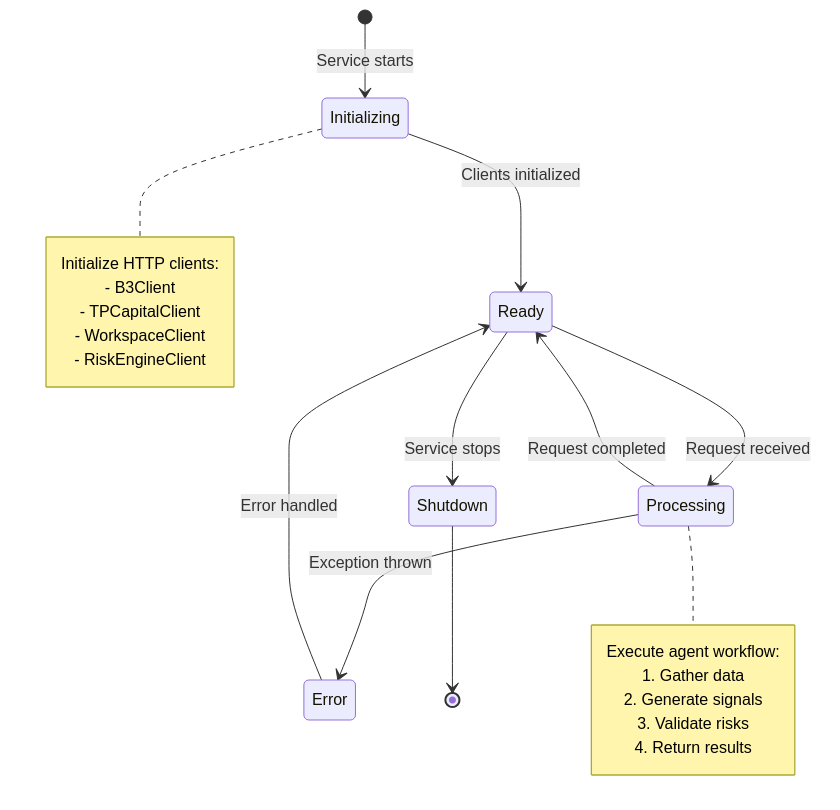
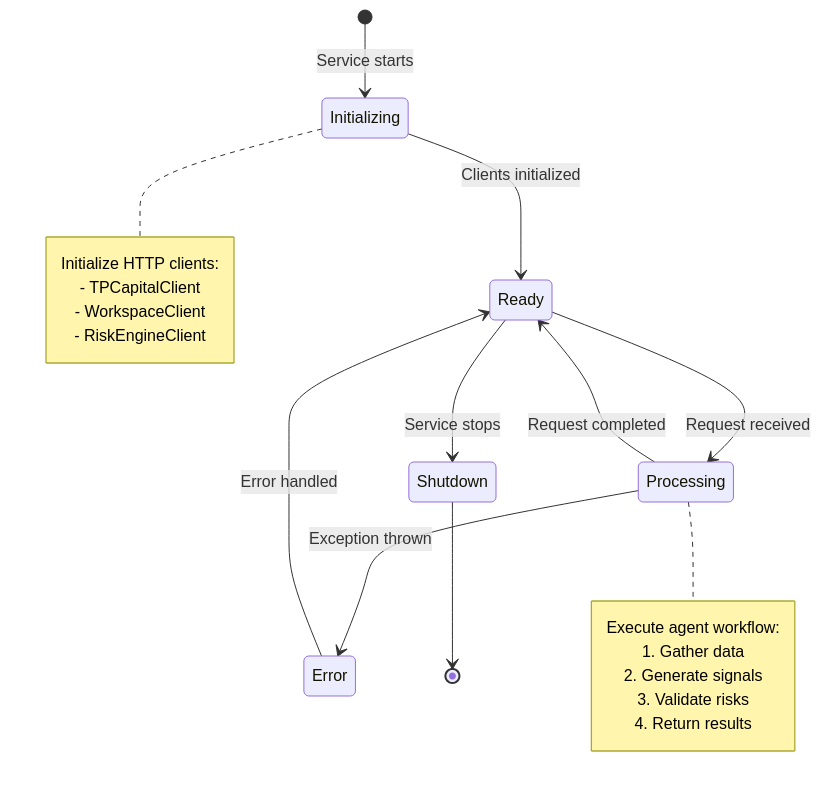
Before and after one commit to marceloterra1983/TradingSystem: the fourth of 6 diagrams in docs/content/agents/agno-agents/flows.mdx, drawn with Mermaid. The commit also changed other lines of this file and 870 other files, not shown here.

````diff
--- a/docs/content/agents/agno-agents/flows.mdx
+++ b/docs/content/agents/agno-agents/flows.mdx
@@ -131,27 +123,26 @@
 ```mermaid
 stateDiagram-v2
     [*] --> Initializing: Service starts
     Initializing --> Ready: Clients initialized
     Ready --> Processing: Request received
     Processing --> Ready: Request completed
     Processing --> Error: Exception thrown
     Error --> Ready: Error handled
     Ready --> Shutdown: Service stops
     Shutdown --> [*]
     
     note right of Initializing
         Initialize HTTP clients:
-        - B3Client
         - TPCapitalClient
         - WorkspaceClient
         - RiskEngineClient
     end note
     
     note right of Processing
         Execute agent workflow:
         1. Gather data
         2. Generate signals
         3. Validate risks
         4. Return results
     end note
 ```
````
